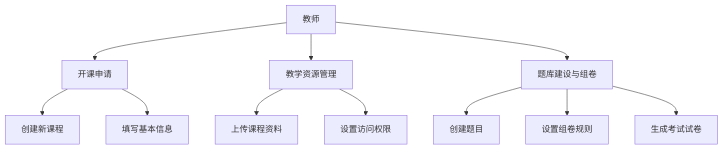
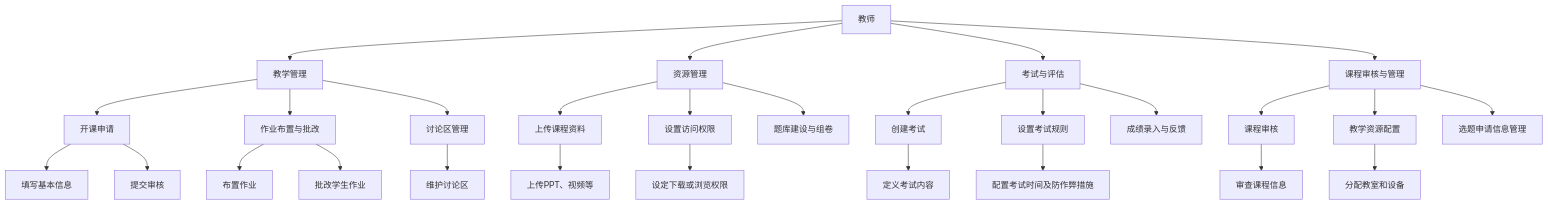
One commit to YOAyes/iodraw-files changed the diagram in all/未命名-4.md. Above: the diagram before and after it, drawn with Mermaid.

Commit message:
2025-05-15 23:11:22 update

````diff
--- a/all/未命名-4.md
+++ b/all/未命名-4.md
@@ -1,13 +1,35 @@
 ```mermaid
 graph TD
-    T[教师] --> T1[开课申请]
-    T --> T2[教学资源管理]
-    T --> T3[题库建设与组卷]
-    T1 --> T11[创建新课程]
-    T1 --> T12[填写基本信息]
-    T2 --> T21[上传课程资料]
-    T2 --> T22[设置访问权限]
-    T3 --> T31[创建题目]
-    T3 --> T32[设置组卷规则]
-    T3 --> T33[生成考试试卷]
+    T[教师] --> TM[教学管理]
+    T --> RM[资源管理]
+    T --> EM[考试与评估]
+    T --> CM[课程审核与管理]
+    
+    TM --> TM1[开课申请]
+    TM --> TM2[作业布置与批改]
+    TM --> TM3[讨论区管理]
+
+    RM --> RM1[上传课程资料]
+    RM --> RM2[设置访问权限]
+    RM --> RM3[题库建设与组卷]
+
+    EM --> EM1[创建考试]
+    EM --> EM2[设置考试规则]
+    EM --> EM3[成绩录入与反馈]
+
+    CM --> CM1[课程审核]
+    CM --> CM2[教学资源配置]
+    CM --> CM3[选题申请信息管理]
+
+    TM1 --> TM11[填写基本信息]
+    TM1 --> TM12[提交审核]
+    TM2 --> TM21[布置作业]
+    TM2 --> TM22[批改学生作业]
+    TM3 --> TM31[维护讨论区]
+    RM1 --> RM11[上传PPT、视频等]
+    RM2 --> RM21[设定下载或浏览权限]
+    EM1 --> EM11[定义考试内容]
+    EM2 --> EM21[配置考试时间及防作弊措施]
+    CM1 --> CM11[审查课程信息]
+    CM2 --> CM21[分配教室和设备]
 ```
````
